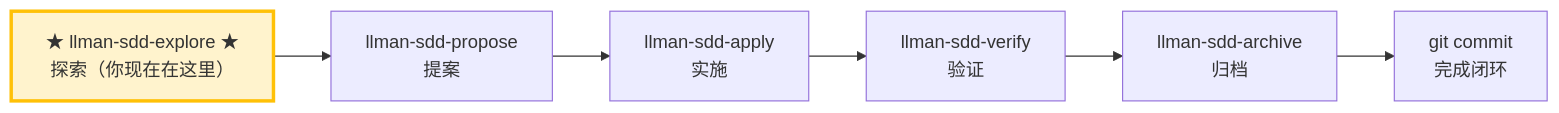
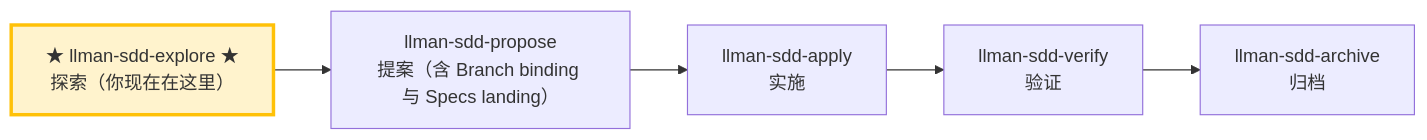
The diagram in .agents/skills/llman-sdd-explore/SKILL.md (StrayDragon/xylitol), drawn with Mermaid before and after one commit. The commit also changed other lines of this file and 16 other files, not shown here.

Commit message:
agentdev: update llman sdd skills

````diff
--- a/.agents/skills/llman-sdd-explore/SKILL.md
+++ b/.agents/skills/llman-sdd-explore/SKILL.md
@@ -22,11 +34,10 @@
 ```mermaid
 flowchart LR
     explore["★ llman-sdd-explore ★<br/>探索（你现在在这里）"]
-    explore --> propose["llman-sdd-propose<br/>提案"]
+    explore --> propose["llman-sdd-propose<br/>提案（含 Branch binding 与 Specs landing）"]
     propose --> apply["llman-sdd-apply<br/>实施"]
     apply --> verify["llman-sdd-verify<br/>验证"]
     verify --> archive["llman-sdd-archive<br/>归档"]
-    archive --> commit["git commit<br/>完成闭环"]
 
     style explore fill:#fff3cd,stroke:#ffc107,stroke-width:3px
 ```
````
